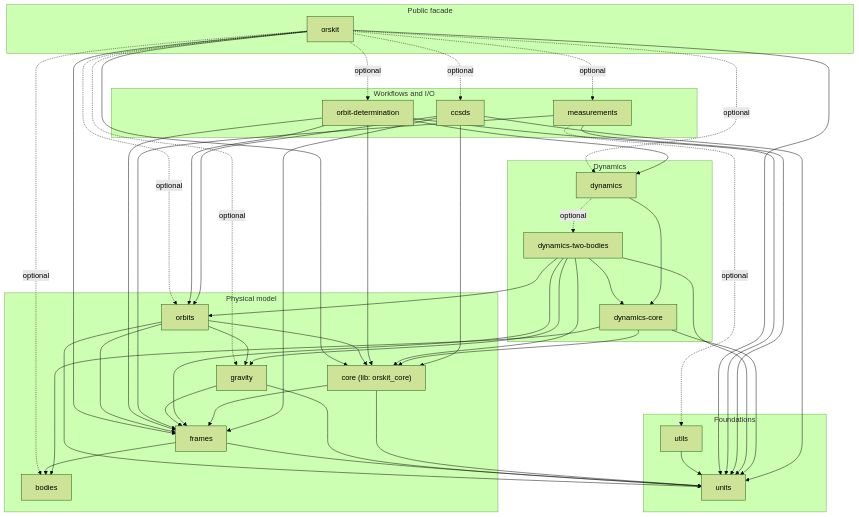
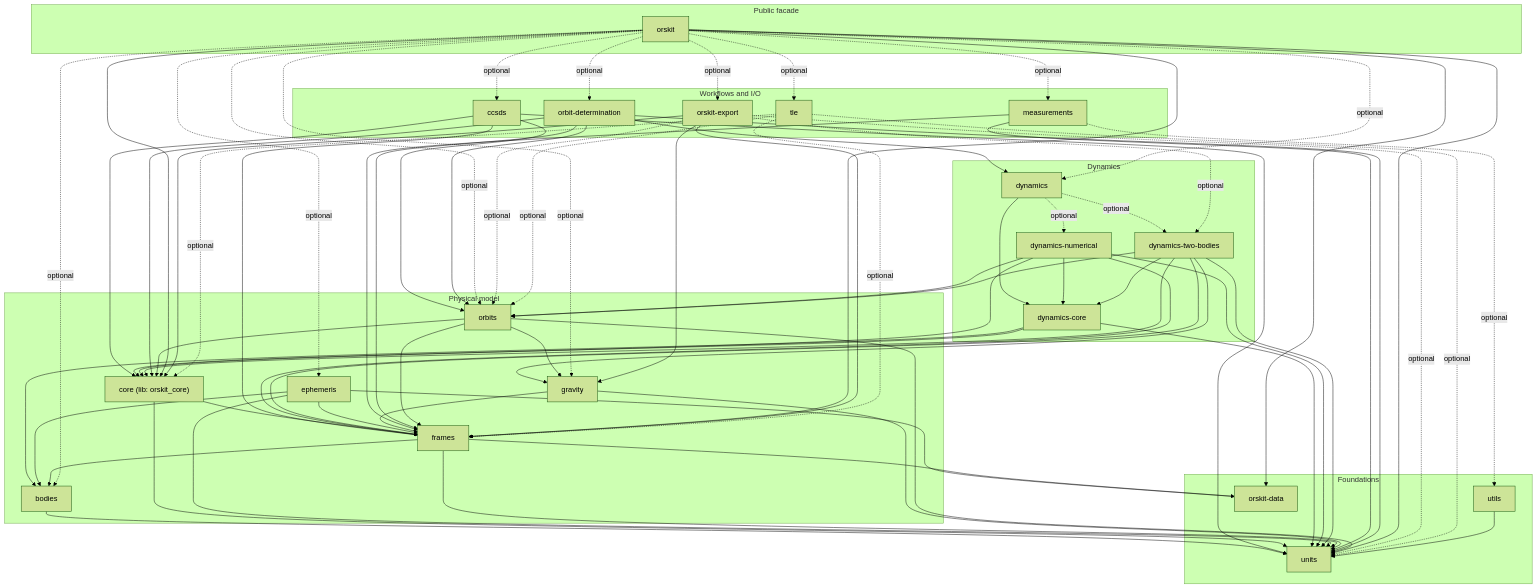
One commit to Wouittone/orskit changed the diagram in docs/architecture.md. Above: the diagram before and after it, drawn with Mermaid (forest theme). The commit also changed 105 other files, not shown here.

Commit message:
feat: implement serialization and roadmap slices

````diff
--- a/docs/architecture.md
+++ b/docs/architecture.md
@@ -12,25 +12,31 @@
     end
     subgraph LAYER_WORKFLOWS_AND_I_O["Workflows and I/O"]
         CCSDS["ccsds"]
+        TLE["tle"]
+        ORSKIT_EXPORT["orskit-export"]
         ORBIT_DETERMINATION["orbit-determination"]
         MEASUREMENTS["measurements"]
     end
     subgraph LAYER_DYNAMICS["Dynamics"]
         DYNAMICS["dynamics"]
         DYNAMICS_CORE["dynamics-core"]
+        DYNAMICS_NUMERICAL["dynamics-numerical"]
         DYNAMICS_TWO_BODIES["dynamics-two-bodies"]
     end
     subgraph LAYER_PHYSICAL_MODEL["Physical model"]
         CORE["core (lib: orskit_core)"]
         ORBITS["orbits"]
         GRAVITY["gravity"]
+        EPHEMERIS["ephemeris"]
         FRAMES["frames"]
         BODIES["bodies"]
     end
     subgraph LAYER_FOUNDATIONS["Foundations"]
         UTILS["utils"]
         UNITS["units"]
+        ORSKIT_DATA["orskit-data"]
     end
+    BODIES --> UNITS
     CCSDS --> CORE
     CCSDS --> FRAMES
     CCSDS --> ORBITS
@@ -38,17 +44,28 @@
     CORE --> FRAMES
     CORE --> UNITS
     DYNAMICS --> DYNAMICS_CORE
+    DYNAMICS -.->|optional| DYNAMICS_NUMERICAL
     DYNAMICS -.->|optional| DYNAMICS_TWO_BODIES
     DYNAMICS_CORE --> BODIES
     DYNAMICS_CORE --> CORE
     DYNAMICS_CORE --> UNITS
+    DYNAMICS_NUMERICAL --> CORE
+    DYNAMICS_NUMERICAL --> DYNAMICS_CORE
+    DYNAMICS_NUMERICAL --> FRAMES
+    DYNAMICS_NUMERICAL --> ORBITS
+    DYNAMICS_NUMERICAL --> UNITS
     DYNAMICS_TWO_BODIES --> CORE
     DYNAMICS_TWO_BODIES --> DYNAMICS_CORE
     DYNAMICS_TWO_BODIES --> FRAMES
     DYNAMICS_TWO_BODIES --> GRAVITY
     DYNAMICS_TWO_BODIES --> ORBITS
     DYNAMICS_TWO_BODIES --> UNITS
+    EPHEMERIS --> BODIES
+    EPHEMERIS --> FRAMES
+    EPHEMERIS --> ORSKIT_DATA
+    EPHEMERIS --> UNITS
     FRAMES --> BODIES
+    FRAMES --> ORSKIT_DATA
     FRAMES --> UNITS
     GRAVITY --> FRAMES
     GRAVITY --> UNITS
@@ -68,11 +85,25 @@
     ORSKIT -.->|optional| CCSDS
     ORSKIT --> CORE
     ORSKIT -.->|optional| DYNAMICS
+    ORSKIT -.->|optional| EPHEMERIS
     ORSKIT --> FRAMES
     ORSKIT -.->|optional| GRAVITY
     ORSKIT -.->|optional| MEASUREMENTS
     ORSKIT -.->|optional| ORBIT_DETERMINATION
     ORSKIT -.->|optional| ORBITS
+    ORSKIT --> ORSKIT_DATA
+    ORSKIT -.->|optional| ORSKIT_EXPORT
+    ORSKIT -.->|optional| TLE
     ORSKIT --> UNITS
+    ORSKIT_EXPORT --> CORE
+    ORSKIT_EXPORT -.->|optional| DYNAMICS_TWO_BODIES
+    ORSKIT_EXPORT --> FRAMES
+    ORSKIT_EXPORT --> GRAVITY
+    ORSKIT_EXPORT -.->|optional| ORBITS
+    ORSKIT_EXPORT -.->|optional| UNITS
+    TLE -.->|optional| CORE
+    TLE -.->|optional| FRAMES
+    TLE -.->|optional| ORBITS
+    TLE -.->|optional| UNITS
     UTILS --> UNITS
 ```
````
